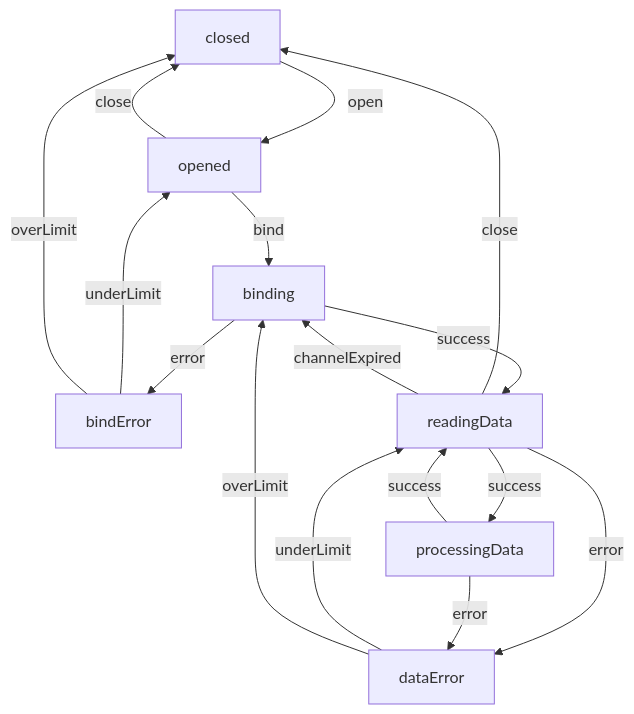
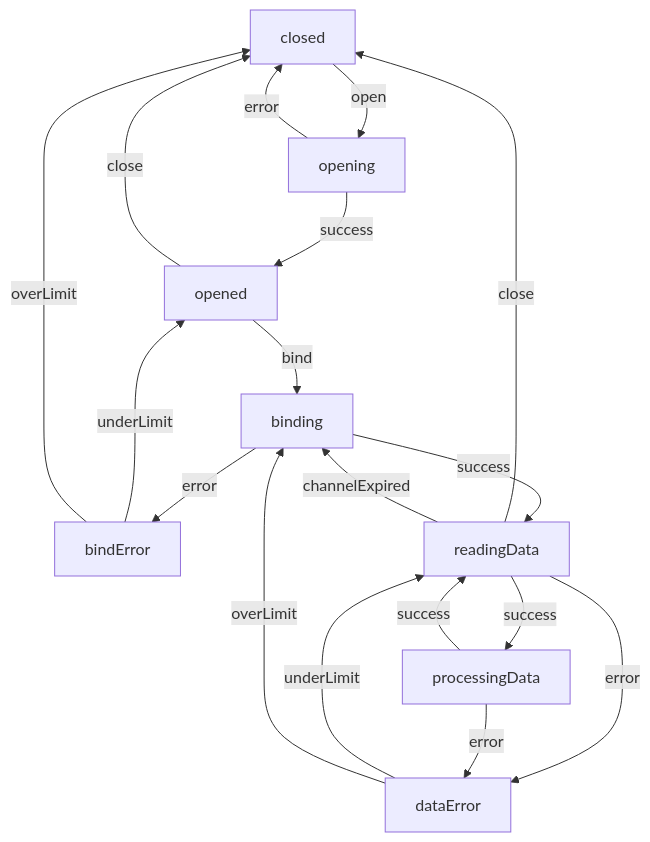
Before and after one commit to fruit-testbed/p2p-update: the diagram in statemachine.md, drawn with Mermaid. The commit also changed 1 other file, not shown here.

Commit message:
add state opening; fix issue on closing/reopening the underlying UDP connection

````diff
--- a/statemachine.md
+++ b/statemachine.md
@@ -3,18 +3,20 @@
 ```mermaid
 graph TD;
-	closed -->|open| opened;
+	closed -->|open| opening;
+	opening -->|success| opened;
+	opening -->|error| closed;
 	opened -->|close| closed;
 	opened -->|bind| binding;
 	binding -->|error| bindError;
 	bindError -->|underLimit| opened;
 	bindError -->|overLimit| closed;
 	binding -->|success| readingData;
 	readingData -->|close| closed;
 	readingData -->|success| processingData;
 	readingData -->|error| dataError;
 	readingData -->|channelExpired| binding;
 	processingData -->|success| readingData;
 	processingData -->|error| dataError;
 	dataError -->|underLimit| readingData;
 	dataError -->|overLimit| binding;
 ```
````
